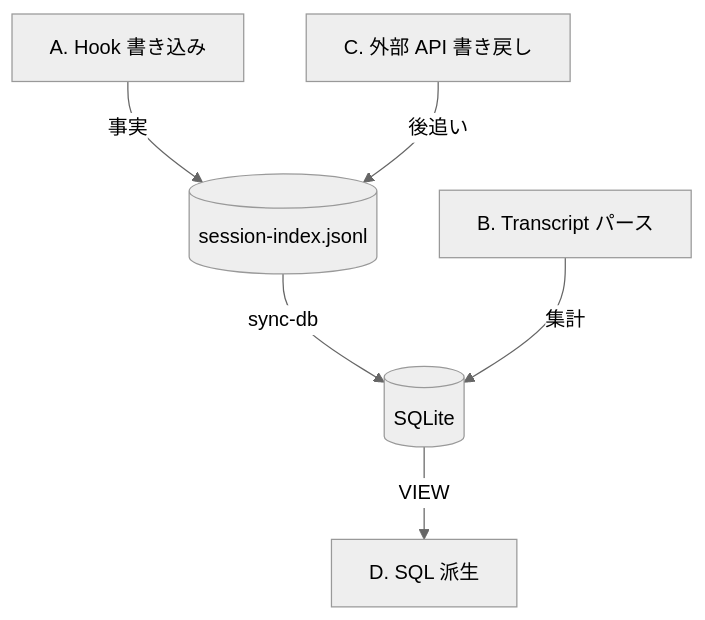
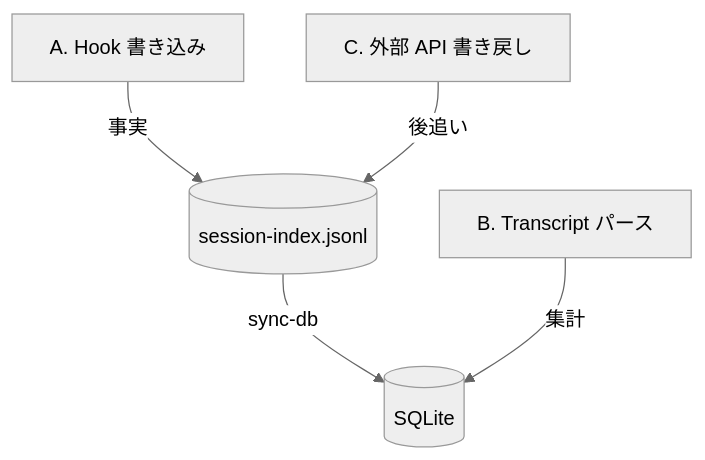
One commit to ishii1648/hitl-metrics changed the third of 3 diagrams in site/content/explain/metrics/index.md. Above: the diagram before and after it, drawn with Mermaid (neutral theme). The commit also changed other lines of this file, not shown here.

First line of the commit message:
docs(site): drop SQL-derived category and agent-comparison pitfall

````diff
--- a/site/content/explain/metrics/index.md
+++ b/site/content/explain/metrics/index.md
@@ -98,15 +75,13 @@
 ```mermaid
 flowchart TB
     A["A. Hook 書き込み"]
     C["C. 外部 API 書き戻し"]
     B["B. Transcript パース"]
-    D["D. SQL 派生"]
     JSONL[("session-index.jsonl")]
     SQL[("SQLite")]
 
     A -- 事実 --> JSONL
     C -- 後追い --> JSONL
     JSONL -- sync-db --> SQL
     B -- 集計 --> SQL
-    SQL -- VIEW --> D
 ```
````
